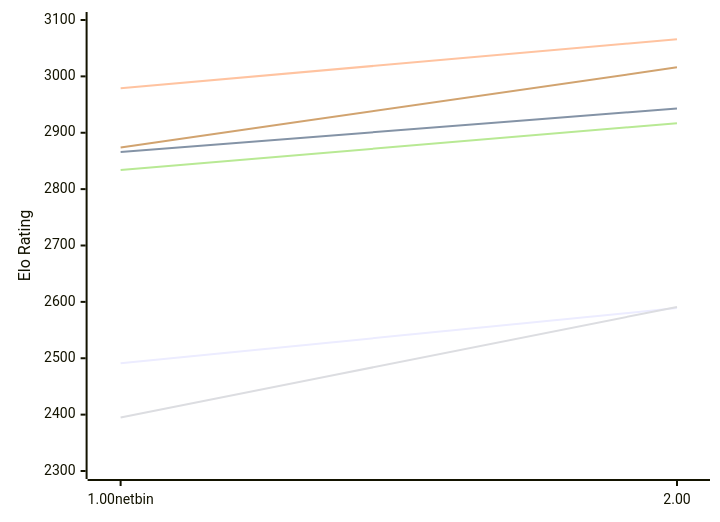
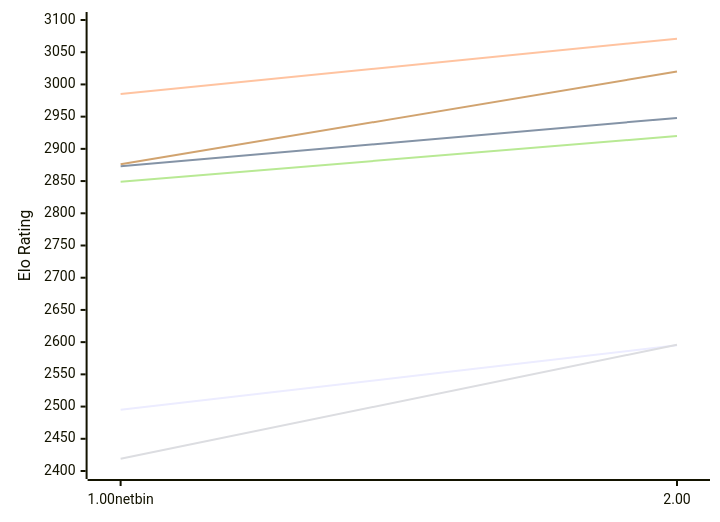
Before and after one commit to computer-chess-index/cci: the first of 2 diagrams in engines/Gilipol.md, drawn with Mermaid. The commit also changed other lines of this file, not shown here.

Commit message:
Update CCI Ratings (ELO VLTC) - 2026-11-20

````diff
--- a/engines/Gilipol.md
+++ b/engines/Gilipol.md
@@ -51,12 +51,12 @@
 ```mermaid
 %%{init: {"theme":"base","themeVariables":{"seriesColors:['#a3a3a3','#222221','#faa371']}}}%%
 xychart-beta
   x-axis ["1.00netbin", "2.00"]
-  y-axis "Elo Rating" 2300 --> 3100
-  line "E1: STC (8.0+0.08s)" [2491, 2589]
-  line "E1: LTC (60.0+0.60s)" [2866, 2943]
-  line "E1: VLTC (2m24s+1.12s)" [2979, 3066]
-  line "P1: STC (8.0+0.08s)" [2395, 2591]
-  line "P1: LTC (60.0+0.60s)" [2834, 2917]
-  line "P1: VLTC (2m24s+1.12s)" [2874, 3016]
+  y-axis "Elo Rating" 2400 --> 3100
+  line "E1: STC (8.0+0.08s)" [2495, 2595]
+  line "E1: LTC (60.0+0.60s)" [2873, 2948]
+  line "E1: VLTC (2m24s+1.12s)" [2985, 3071]
+  line "P1: STC (8.0+0.08s)" [2419, 2596]
+  line "P1: LTC (60.0+0.60s)" [2849, 2920]
+  line "P1: VLTC (2m24s+1.12s)" [2876, 3020]
 ```
````
